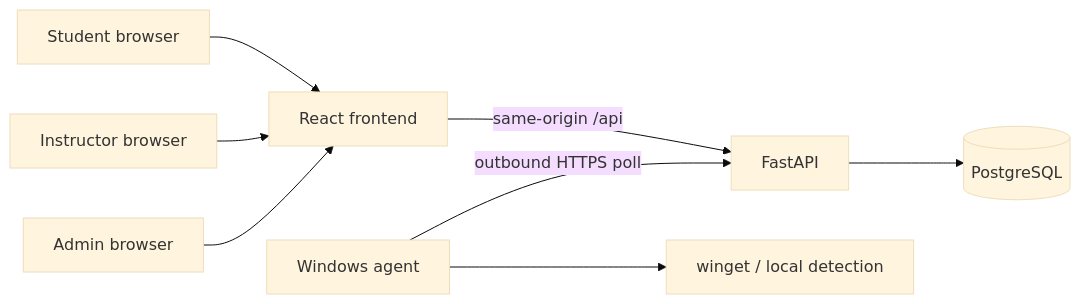
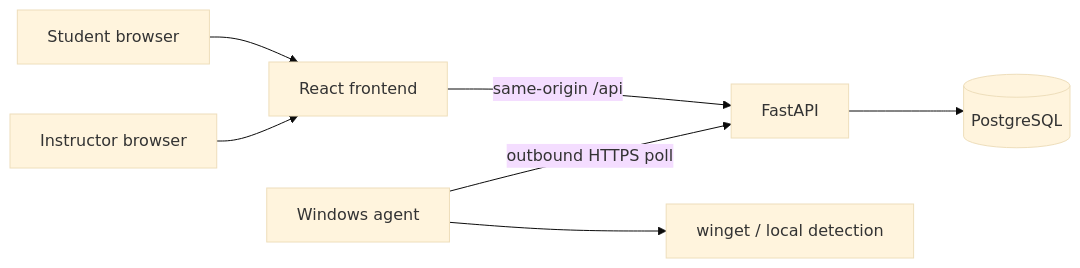
The diagram in docs/architecture.md (Tejasvi-Gupta/Devops_Mid), drawn with Mermaid (base theme) before and after one commit. The commit also changed other lines of this file and 27 other files, not shown here.

````diff
--- a/docs/architecture.md
+++ b/docs/architecture.md
@@ -5,10 +5,9 @@
 ```mermaid
 flowchart LR
   Student[Student browser] --> FE[React frontend]
   Instructor[Instructor browser] --> FE
-  Admin[Admin browser] --> FE
   FE -->|same-origin /api| API[FastAPI]
   API --> DB[(PostgreSQL)]
   Agent[Windows agent] -->|outbound HTTPS poll| API
   Agent --> Winget[winget / local detection]
 ```
````
